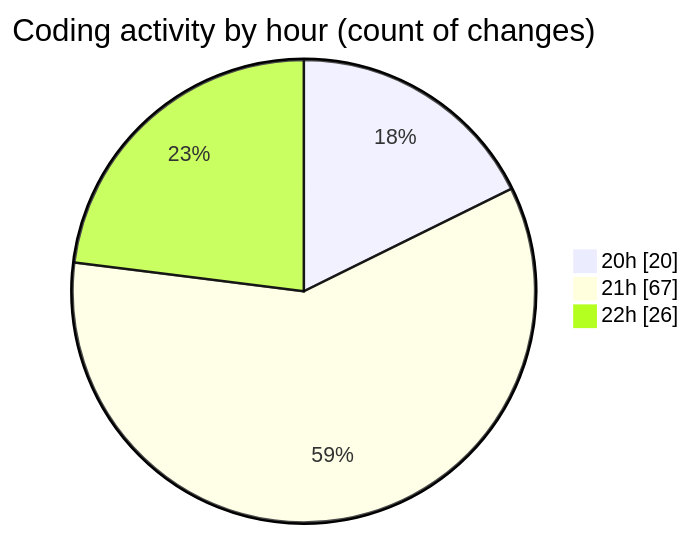
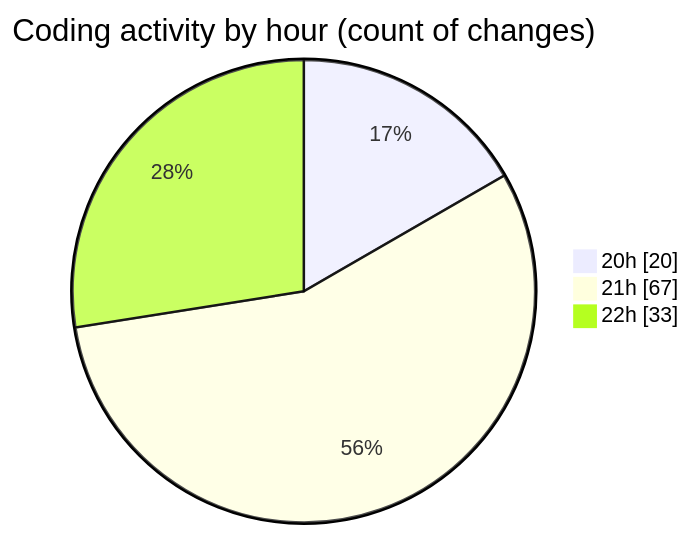
Before and after one commit to lephambinh05/code-tracking: the second of 2 diagrams in 2025-08-19/quytuthien_vn/README.md, drawn with Mermaid. The commit also changed other lines of this file and 1 other file, not shown here.

````diff
--- a/2025-08-19/quytuthien_vn/README.md
+++ b/2025-08-19/quytuthien_vn/README.md
@@ -107,7 +108,7 @@
 ```mermaid
 pie showData
 title Coding activity by hour (count of changes)
 "20h" : 20
 "21h" : 67
-"22h" : 26
+"22h" : 33
 ```
````
